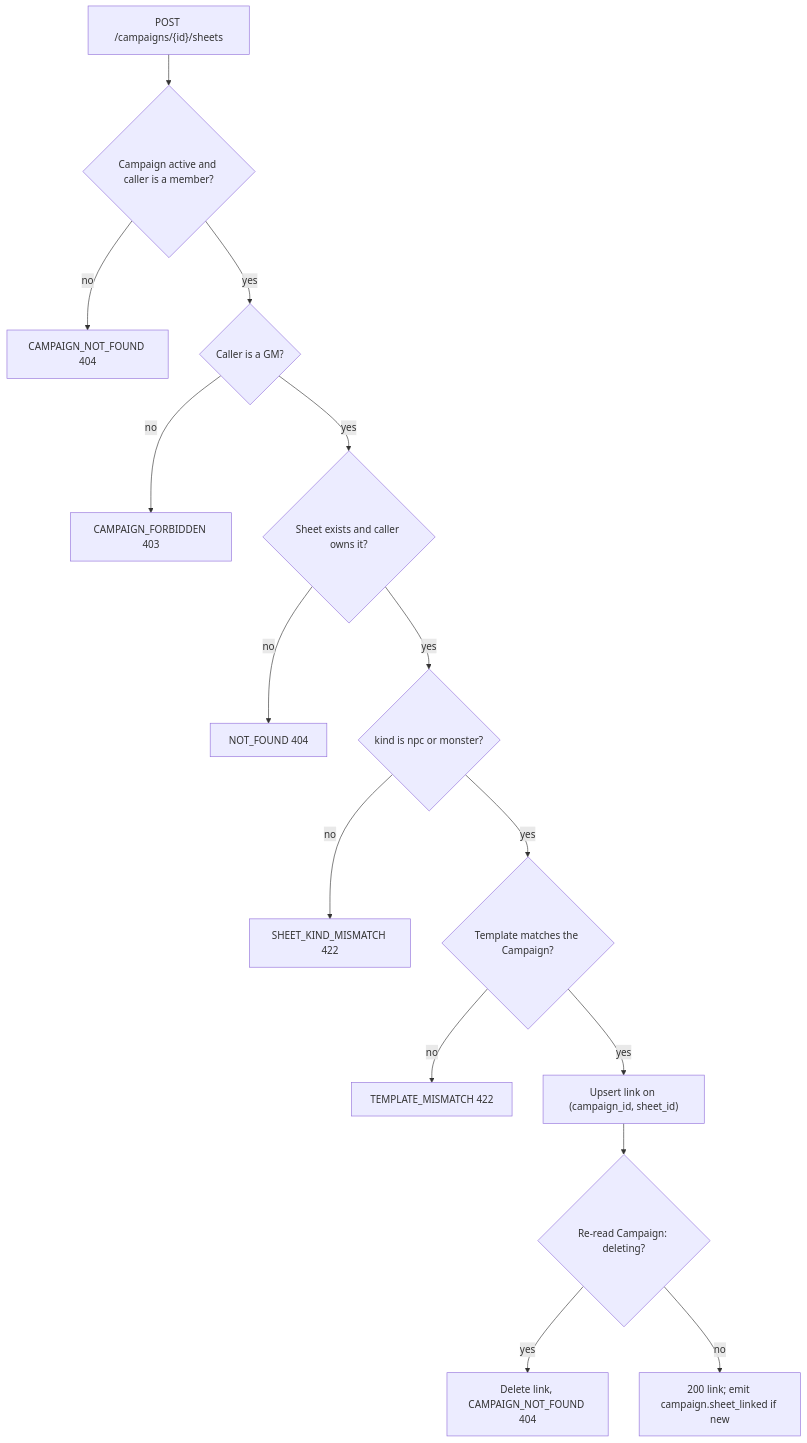
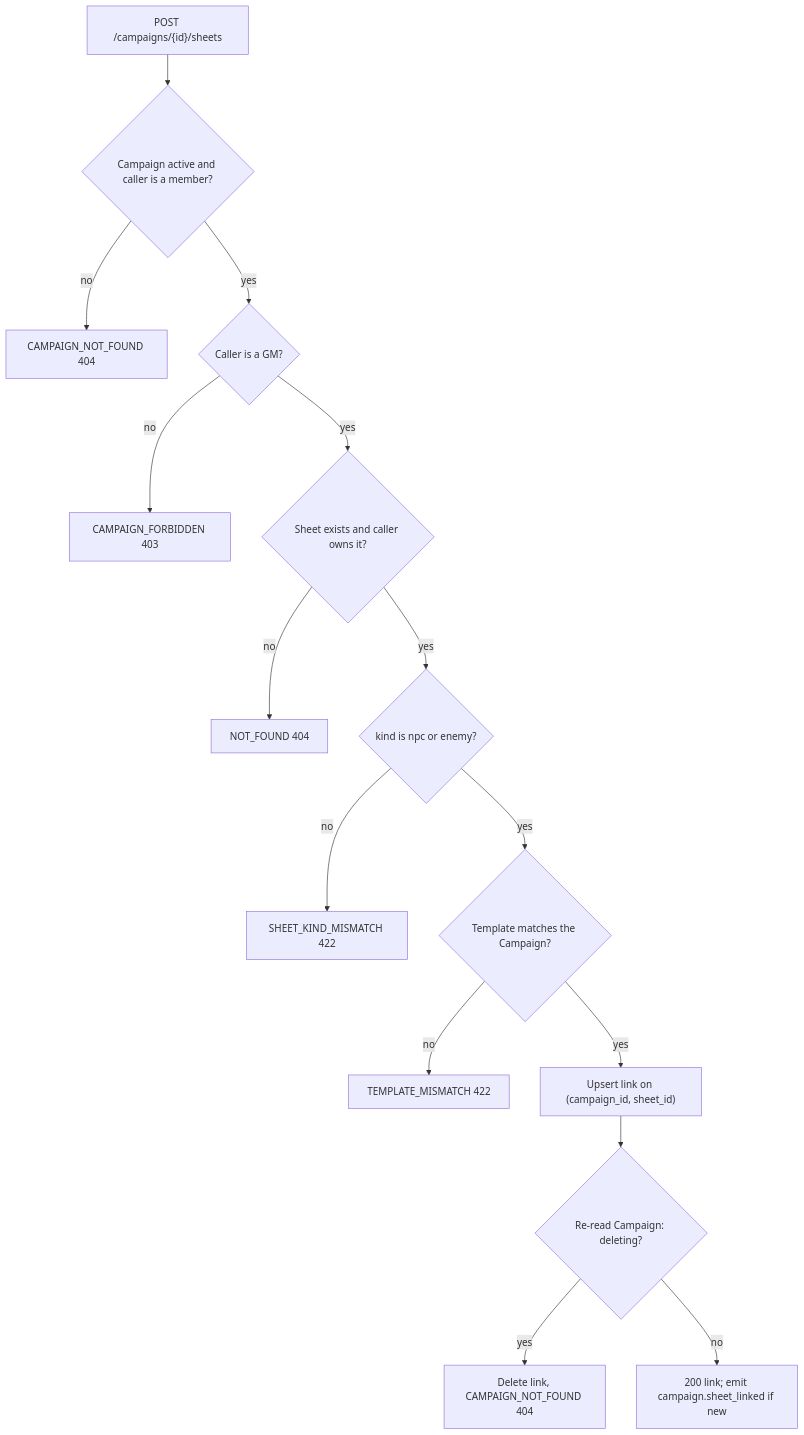
The second of 8 diagrams in docs/adr/0012-npc-and-monster-campaign-links-and-reveal.md (paulo-valleriote/legnaris), drawn with Mermaid before and after one commit. The commit also changed other lines of this file and 21 other files, not shown here.

Commit message:
[LGN-237] Rename the Monster Sheet kind to Enemy in the web and docs

````diff
--- a/docs/adr/0012-npc-and-monster-campaign-links-and-reveal.md
+++ b/docs/adr/0012-npc-and-monster-campaign-links-and-reveal.md
@@ -117,17 +119,17 @@
 ```mermaid
 flowchart TD
   A["POST /campaigns/{id}/sheets"] --> B{"Campaign active and caller is a member?"}
   B -- no --> E1["CAMPAIGN_NOT_FOUND 404"]
   B -- yes --> C{"Caller is a GM?"}
   C -- no --> E2["CAMPAIGN_FORBIDDEN 403"]
   C -- yes --> D{"Sheet exists and caller owns it?"}
   D -- no --> E3["NOT_FOUND 404"]
-  D -- yes --> F{"kind is npc or monster?"}
+  D -- yes --> F{"kind is npc or enemy?"}
   F -- no --> E4["SHEET_KIND_MISMATCH 422"]
   F -- yes --> G{"Template matches the Campaign?"}
   G -- no --> E5["TEMPLATE_MISMATCH 422"]
   G -- yes --> H["Upsert link on (campaign_id, sheet_id)"]
   H --> I{"Re-read Campaign: deleting?"}
   I -- yes --> J["Delete link, CAMPAIGN_NOT_FOUND 404"]
   I -- no --> K["200 link; emit campaign.sheet_linked if new"]
 ```
````
